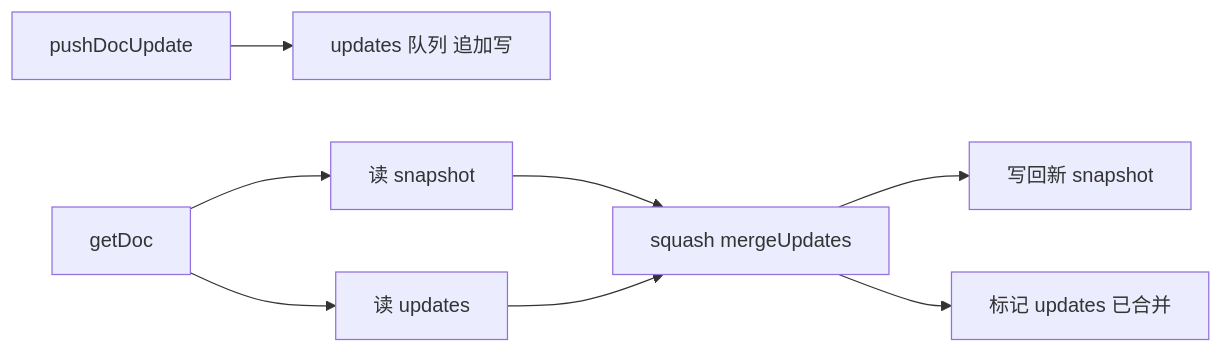
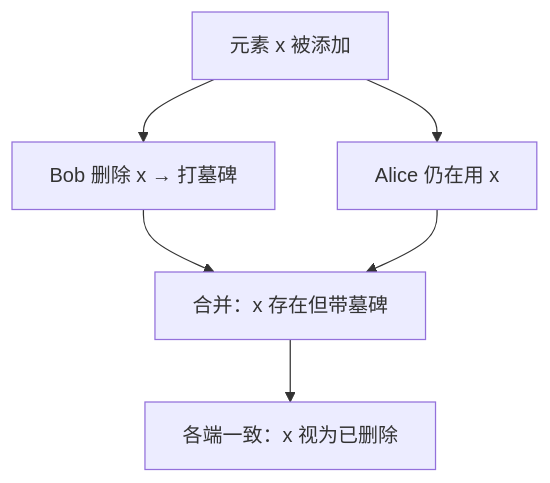
Before and after one commit to lfire/AFFiNE: the fifth of 5 diagrams in learning-guide/slides/decks/08.md, drawn with Mermaid. The commit also changed other lines of this file and 73 other files, not shown here.

````diff
--- a/learning-guide/slides/decks/08.md
+++ b/learning-guide/slides/decks/08.md
@@ -453,10 +300,8 @@
 ```mermaid
-flowchart LR
-  W["pushDocUpdate"] --> Q["updates 队列 追加写"]
-  R["getDoc"] --> S1["读 snapshot"]
-  R --> S2["读 updates"]
-  S1 --> M["squash mergeUpdates"]
-  S2 --> M
-  M --> NS["写回新 snapshot"]
-  M --> Del["标记 updates 已合并"]
+flowchart TB
+  X["元素 x 被添加"] --> D["Bob 删除 x → 打墓碑"]
+  X --> AL["Alice 仍在用 x"]
+  D --> M["合并：x 存在但带墓碑"]
+  AL --> M
+  M --> R["各端一致：x 视为已删除"]
 ```
````
